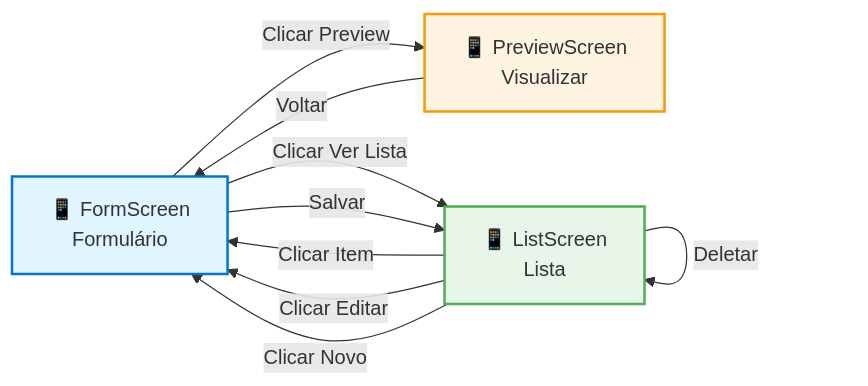
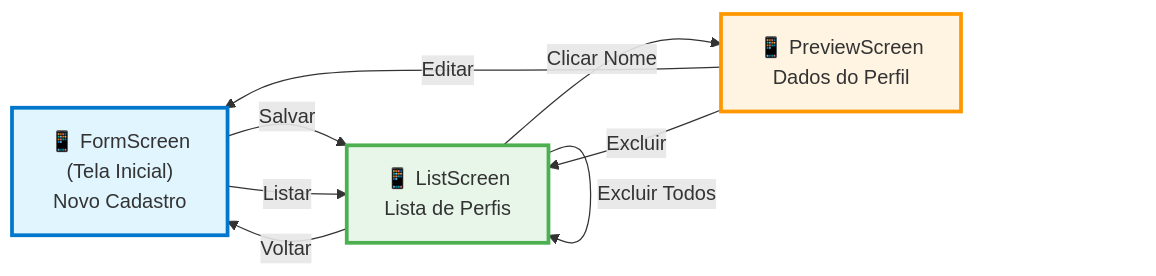
Before and after one commit to dev-mateus/PrimeiroApp: the diagram in docs/atividade-pratica.md, drawn with Mermaid. The commit also changed other lines of this file, not shown here.

````diff
--- a/docs/atividade-pratica.md
+++ b/docs/atividade-pratica.md
@@ -70,15 +72,14 @@
 ```mermaid
 graph LR
-    A[📱 FormScreen<br/>Formulário] -->|Clicar Preview| B[📱 PreviewScreen<br/>Visualizar]
-    A -->|Clicar Ver Lista| C[📱 ListScreen<br/>Lista]
-    A -->|Salvar| C
-    C -->|Clicar Item| A
-    C -->|Clicar Editar| A
-    C -->|Clicar Novo| A
-    C -->|Deletar| C
-    B -->|Voltar| A
+    A["📱 FormScreen<br/>(Tela Inicial)<br/>Novo Cadastro"] -->|Salvar| C
+    A -->|Listar| C
+    C["📱 ListScreen<br/>Lista de Perfis"] -->|Clicar Nome| B
+    C -->|Voltar| A
+    C -->|Excluir Todos| C
+    B["📱 PreviewScreen<br/>Dados do Perfil"] -->|Editar| A
+    B -->|Excluir| C
     
-    style A fill:#e1f5ff,stroke:#0077cc,stroke-width:2px
-    style B fill:#fff4e1,stroke:#ff9800,stroke-width:2px
-    style C fill:#e8f5e9,stroke:#4caf50,stroke-width:2px
+    style A fill:#e1f5ff,stroke:#0077cc,stroke-width:3px
+    style B fill:#fff4e1,stroke:#ff9800,stroke-width:3px
+    style C fill:#e8f5e9,stroke:#4caf50,stroke-width:3px
 ```
````
